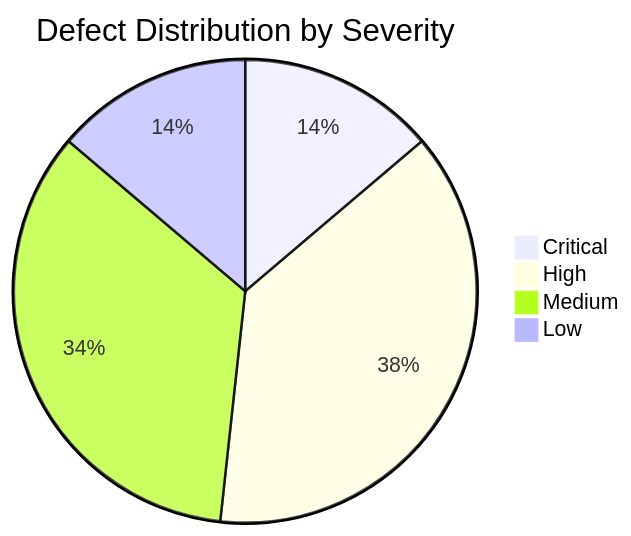
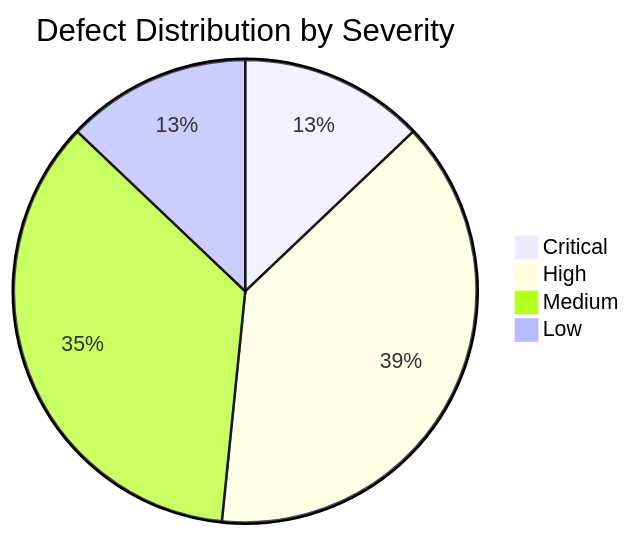
Before and after one commit to PLP-Database-Design/wk-6-jackiecherotich-1: the second of 6 diagrams in TEST_REPORT.md, drawn with Mermaid. The commit also changed other lines of this file, not shown here.

````diff
--- a/TEST_REPORT.md
+++ b/TEST_REPORT.md
@@ -335,8 +290,8 @@
 ```mermaid
 pie
     title Defect Distribution by Severity
     "Critical" : 4
-    "High" : 11
-    "Medium" : 10
+    "High" : 12
+    "Medium" : 11
     "Low" : 4
 ```
````
